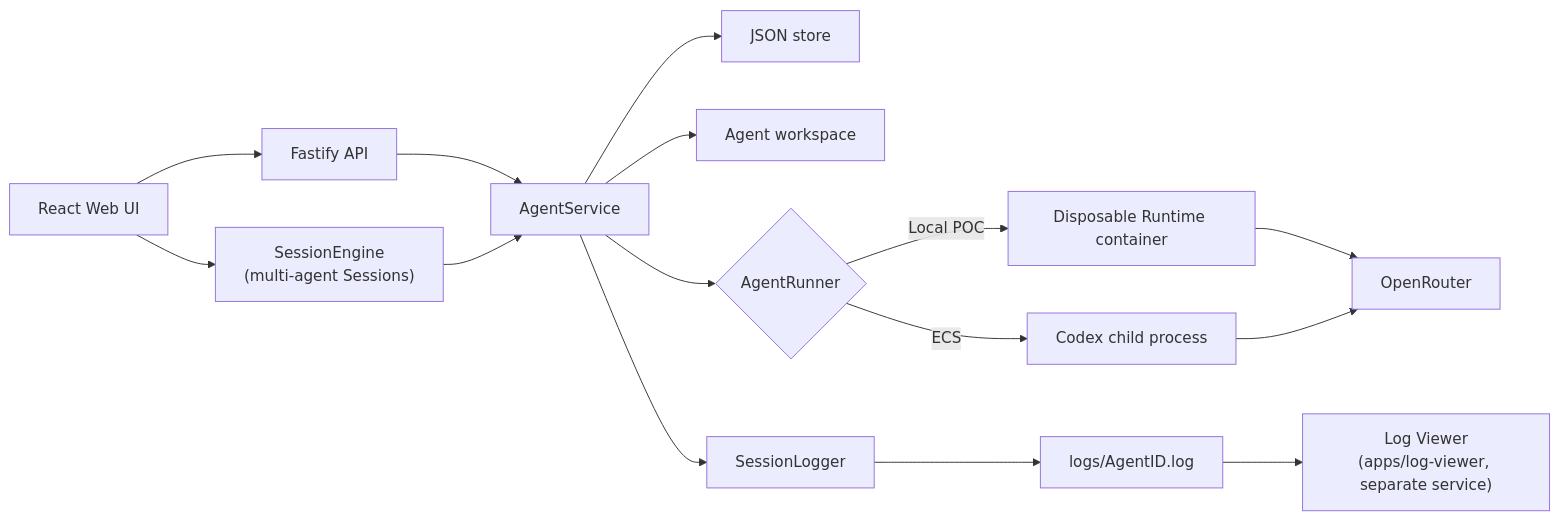
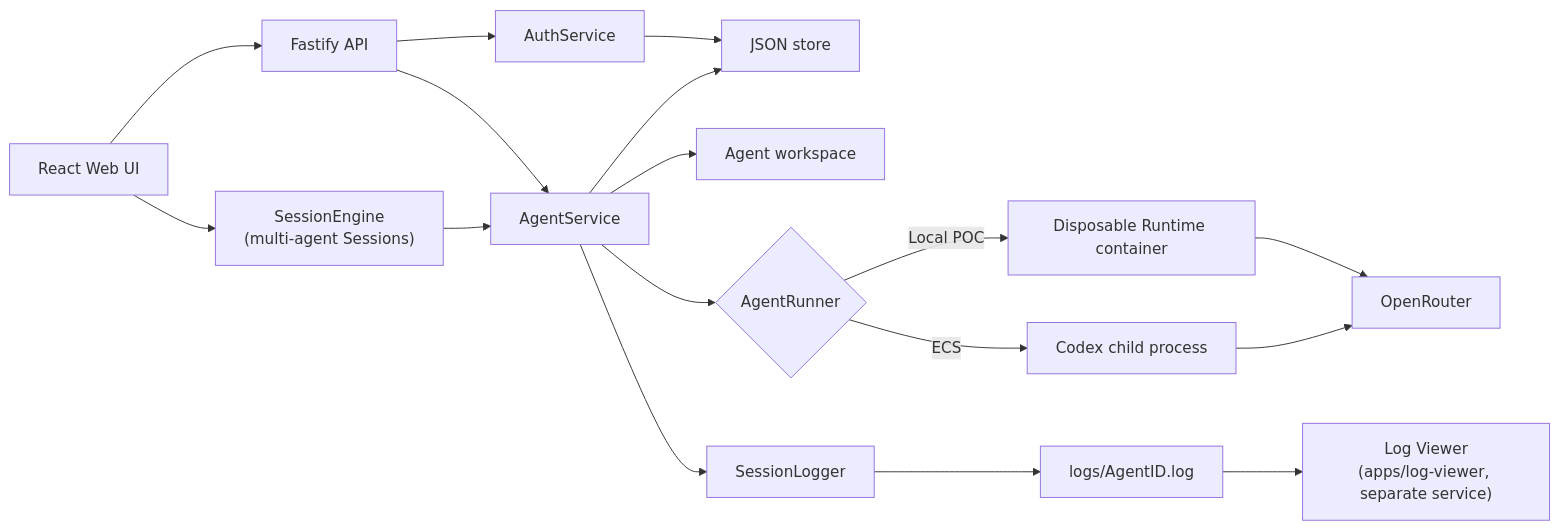
The diagram in docs/ARCHITECTURE.md (Git-Push-and-Prey/TikTok-TechJam-2026), drawn with Mermaid before and after one commit. The commit also changed other lines of this file and 36 other files, not shown here.

````diff
--- a/docs/ARCHITECTURE.md
+++ b/docs/ARCHITECTURE.md
@@ -5,17 +5,19 @@
 ```mermaid
 flowchart LR
     UI["React Web UI"] --> API["Fastify API"]
+    API --> Auth["AuthService"]
     API --> Service["AgentService"]
-    Service --> Store["JSON store"]
+    Auth --> Store["JSON store"]
+    Service --> Store
     Service --> Workspace["Agent workspace"]
     Service --> Runner{"AgentRunner"}
     Runner -->|Local POC| Container["Disposable Runtime container"]
     Runner -->|ECS| Process["Codex child process"]
     Container --> OpenRouter["OpenRouter"]
     Process --> OpenRouter
     Service --> SessionLogger["SessionLogger"]
     SessionLogger --> Logs["logs/AgentID.log"]
     Logs --> LogViewer["Log Viewer\n(apps/log-viewer, separate service)"]
     SessionEngine["SessionEngine\n(multi-agent Sessions)"] --> Service
     UI --> SessionEngine
 ```
````
